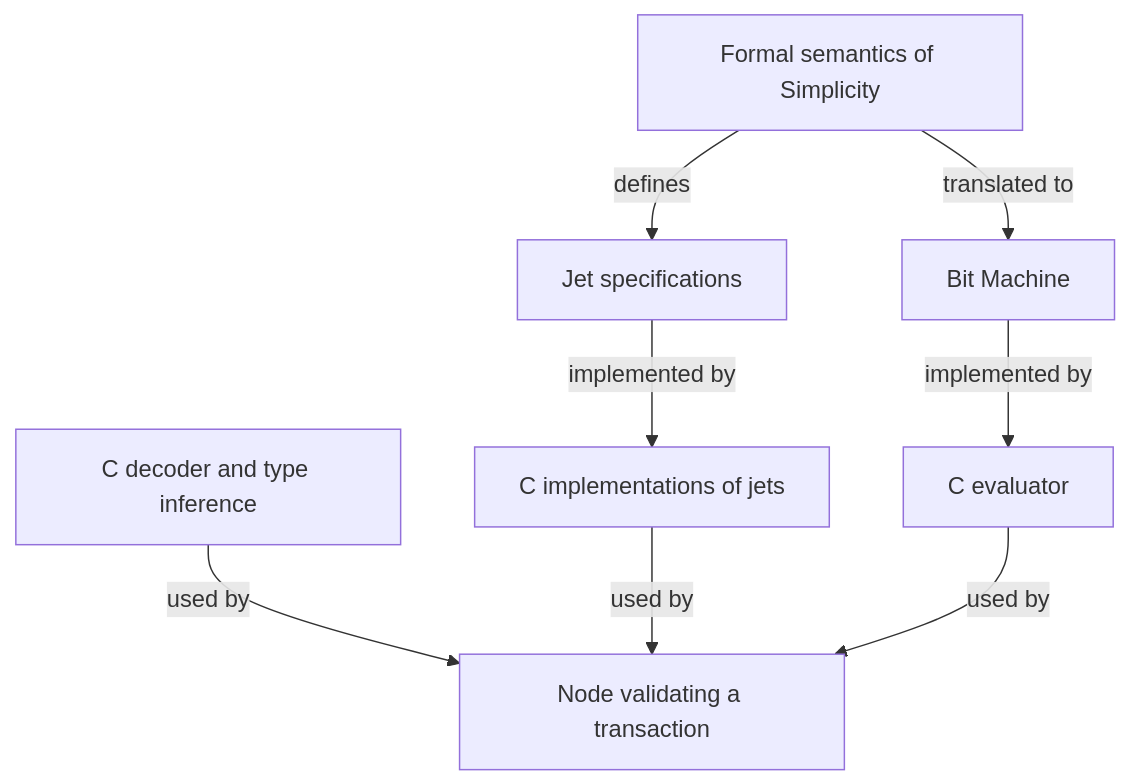
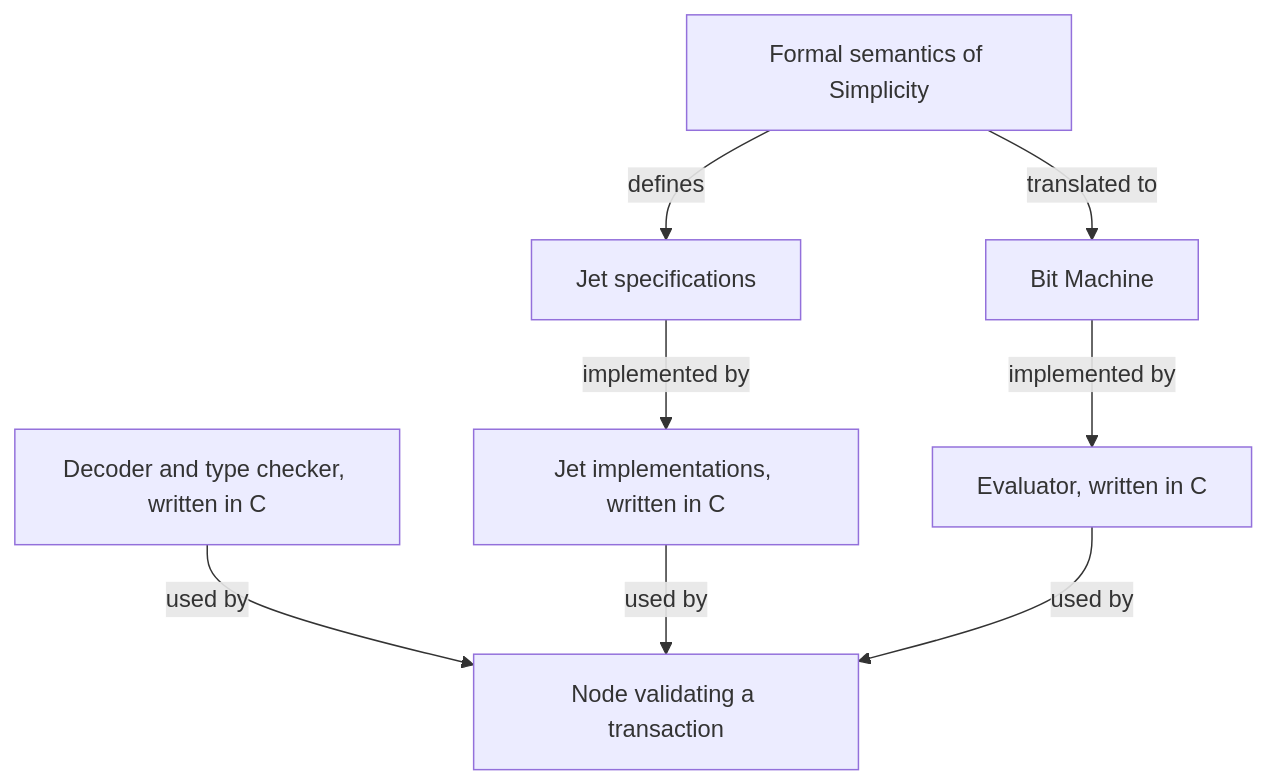
One commit to BlockstreamResearch/simplicity-lang-org changed the diagram in docs/documentation/formal-verification.md. Above: the diagram before and after it, drawn with Mermaid. The commit also changed other lines of this file, not shown here.

````diff
--- a/docs/documentation/formal-verification.md
+++ b/docs/documentation/formal-verification.md
@@ -27,10 +32,10 @@
 ```mermaid
 flowchart TD
     spec[Formal semantics of Simplicity] -->|translated to| bm[Bit Machine]
     spec -->|defines| jets[Jet specifications]
-    jets -->|implemented by| cjets[C implementations of jets]
-    bm -->|implemented by| ceval[C evaluator]
-    dec[C decoder and type inference] -->|used by| node[Node validating a transaction]
+    jets -->|implemented by| cjets[Jet implementations, written in C]
+    bm -->|implemented by| ceval[Evaluator, written in C]
+    dec[Decoder and type checker, written in C] -->|used by| node[Node validating a transaction]
     cjets -->|used by| node
     ceval -->|used by| node
 ```
````
